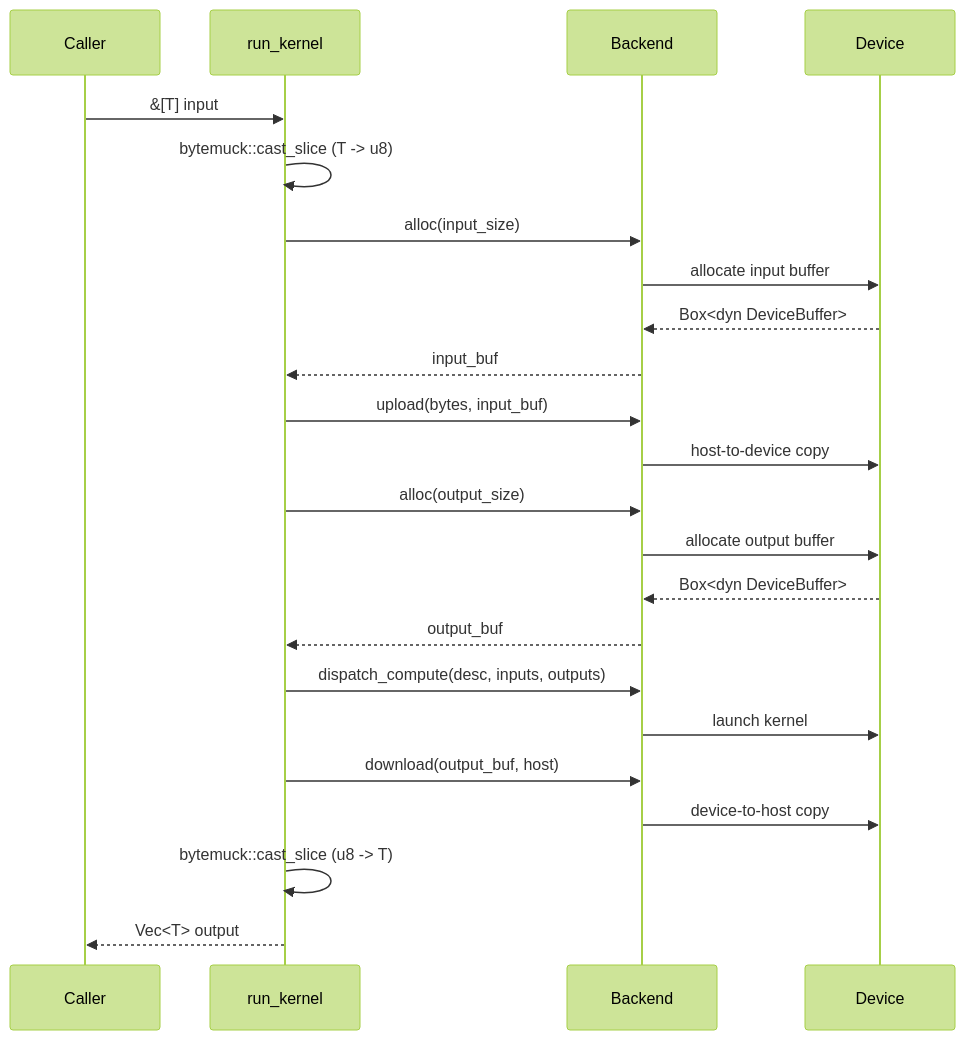
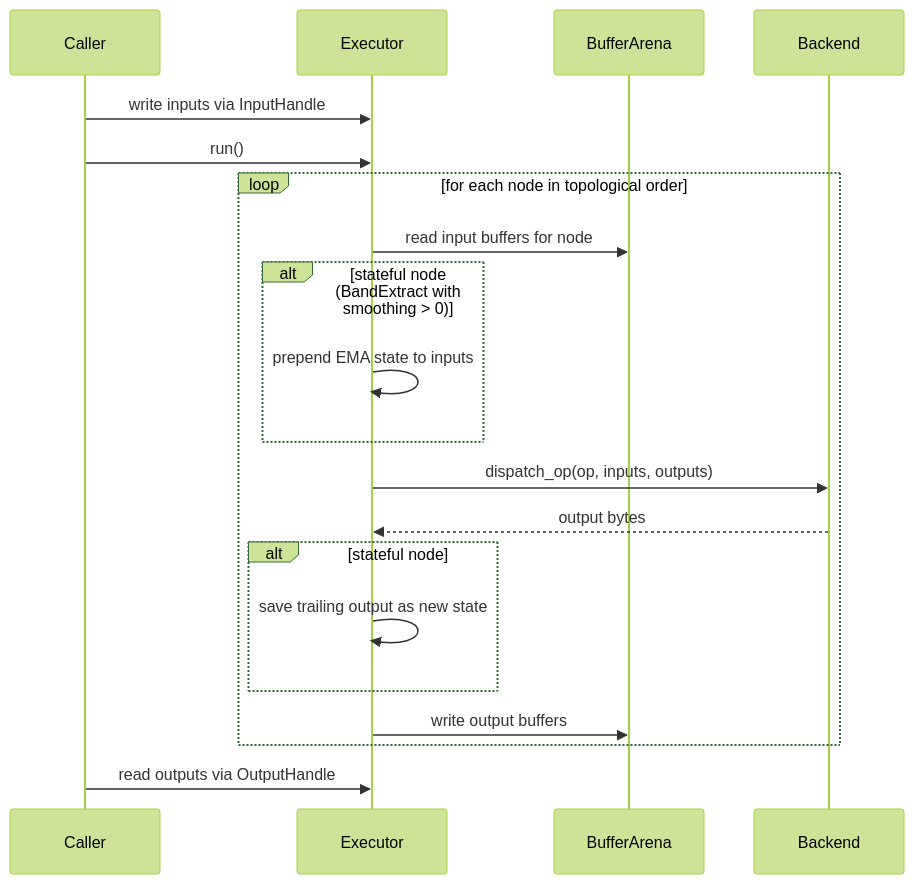
Before and after one commit to vansweej/graphynx: the third of 6 diagrams in docs/architecture.md, drawn with Mermaid (forest theme). The commit also changed other lines of this file and 6 other files, not shown here.

````diff
--- a/docs/architecture.md
+++ b/docs/architecture.md
@@ -91,31 +64,25 @@
 ```mermaid
 sequenceDiagram
     participant Caller
-    participant run_kernel
+    participant Executor
+    participant Arena as BufferArena
     participant Backend
-    participant Device
 
-    Caller->>run_kernel: &[T] input
-    run_kernel->>run_kernel: bytemuck::cast_slice (T -> u8)
-    run_kernel->>Backend: alloc(input_size)
-    Backend->>Device: allocate input buffer
-    Device-->>Backend: Box<dyn DeviceBuffer>
-    Backend-->>run_kernel: input_buf
+    Caller->>Executor: write inputs via InputHandle
+    Caller->>Executor: run()
 
-    run_kernel->>Backend: upload(bytes, input_buf)
-    Backend->>Device: host-to-device copy
+    loop for each node in topological order
+        Executor->>Arena: read input buffers for node
+        alt stateful node (BandExtract with smoothing > 0)
+            Executor->>Executor: prepend EMA state to inputs
+        end
+        Executor->>Backend: dispatch_op(op, inputs, outputs)
+        Backend-->>Executor: output bytes
+        alt stateful node
+            Executor->>Executor: save trailing output as new state
+        end
+        Executor->>Arena: write output buffers
+    end
 
-    run_kernel->>Backend: alloc(output_size)
-    Backend->>Device: allocate output buffer
-    Device-->>Backend: Box<dyn DeviceBuffer>
-    Backend-->>run_kernel: output_buf
-
-    run_kernel->>Backend: dispatch_compute(desc, inputs, outputs)
-    Backend->>Device: launch kernel
-
-    run_kernel->>Backend: download(output_buf, host)
-    Backend->>Device: device-to-host copy
-
-    run_kernel->>run_kernel: bytemuck::cast_slice (u8 -> T)
-    run_kernel-->>Caller: Vec<T> output
+    Caller->>Executor: read outputs via OutputHandle
 ```
````
